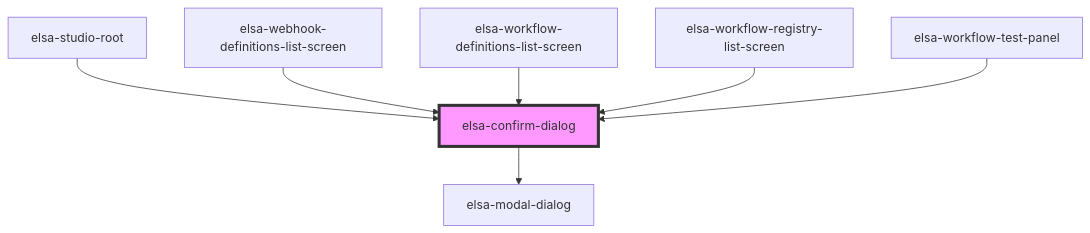
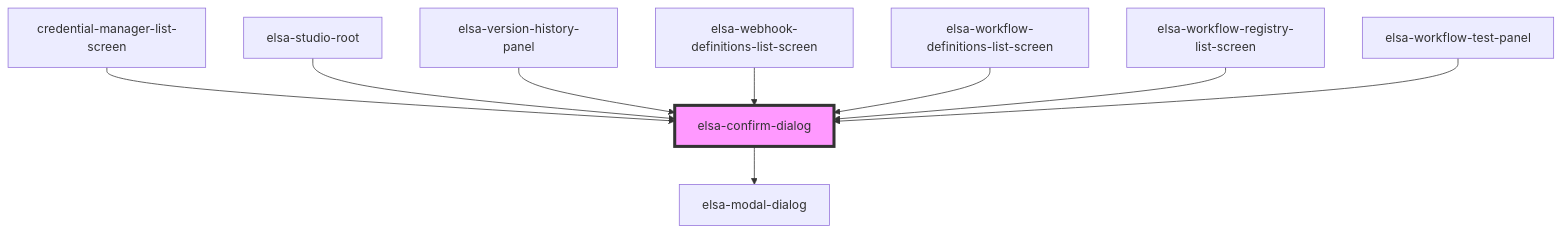
Before and after one commit to elsa-workflows/elsa-core: the diagram in src/designer/elsa-workflows-studio/src/components/shared/elsa-confirm-dialog/readme.md, drawn with Mermaid. The commit also changed other lines of this file and 332 other files, not shown here.

Commit message:
Merged master into credential-manager

````diff
--- a/src/designer/elsa-workflows-studio/src/components/shared/elsa-confirm-dialog/readme.md
+++ b/src/designer/elsa-workflows-studio/src/components/shared/elsa-confirm-dialog/readme.md
@@ -53,10 +55,12 @@
 ```mermaid
 graph TD;
   elsa-confirm-dialog --> elsa-modal-dialog
+  credential-manager-list-screen --> elsa-confirm-dialog
   elsa-studio-root --> elsa-confirm-dialog
+  elsa-version-history-panel --> elsa-confirm-dialog
   elsa-webhook-definitions-list-screen --> elsa-confirm-dialog
   elsa-workflow-definitions-list-screen --> elsa-confirm-dialog
   elsa-workflow-registry-list-screen --> elsa-confirm-dialog
   elsa-workflow-test-panel --> elsa-confirm-dialog
   style elsa-confirm-dialog fill:#f9f,stroke:#333,stroke-width:4px
 ```
````
